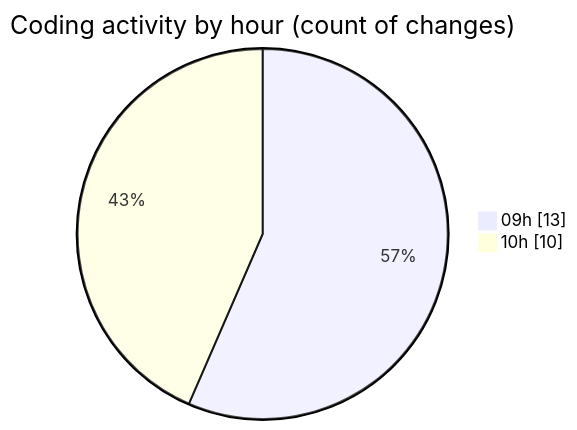
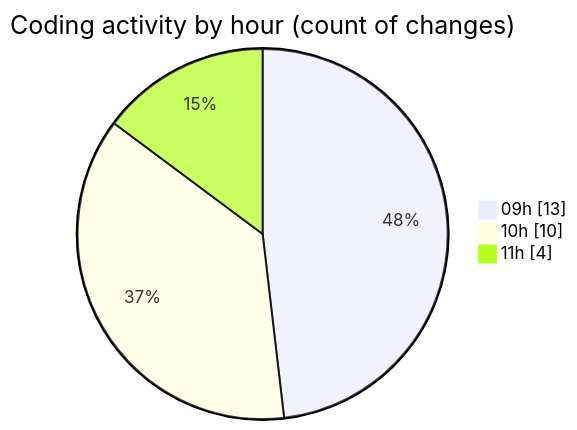
Before and after one commit to julien-gomy/code-tracking: the second of 2 diagrams in 2025-11-10/cdp_aleoudev_fr__workspace_/README.md, drawn with Mermaid. The commit also changed other lines of this file and 1 other file, not shown here.

````diff
--- a/2025-11-10/cdp_aleoudev_fr__workspace_/README.md
+++ b/2025-11-10/cdp_aleoudev_fr__workspace_/README.md
@@ -40,6 +41,7 @@
 ```mermaid
 pie showData
 title Coding activity by hour (count of changes)
 "09h" : 13
 "10h" : 10
+"11h" : 4
 ```
````
